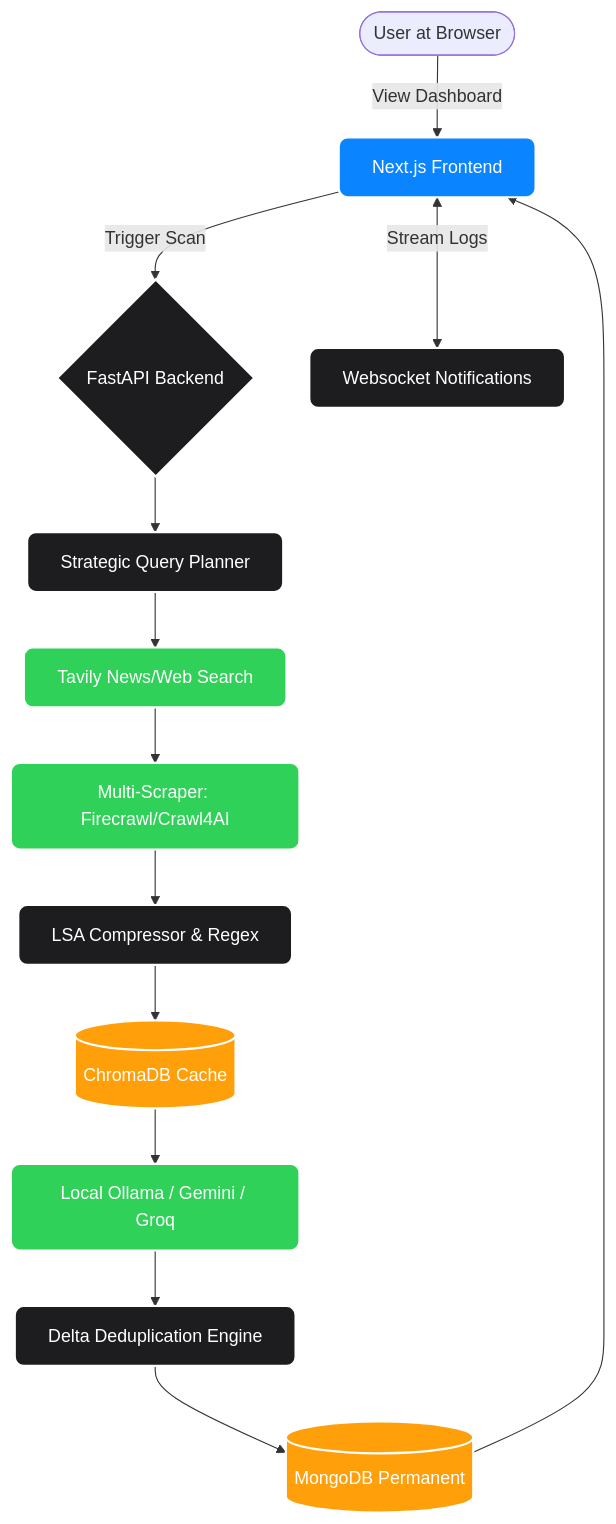
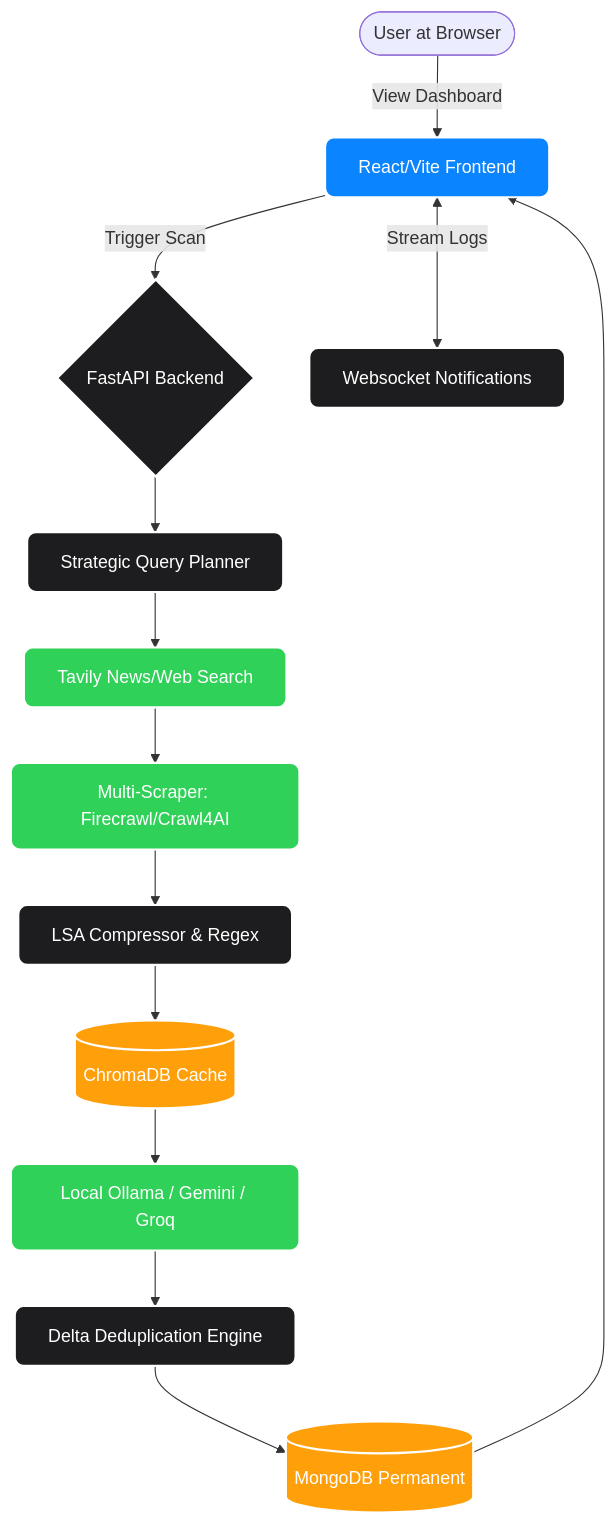
The diagram in README.md (Deepukumar12/Market_Scout_Agent_Final), drawn with Mermaid before and after one commit. The commit also changed other lines of this file and 1 other file, not shown here.

````diff
--- a/README.md
+++ b/README.md
@@ -72,25 +29,25 @@
 ```mermaid
 graph TD
     %% Colors
     classDef client fill:#0A84FF,stroke:#fff,stroke-width:2px,color:#fff,rx:8px,ry:8px;
     classDef processing fill:#1D1D1F,stroke:#fff,stroke-width:2px,color:#fff,rx:8px,ry:8px;
     classDef ai fill:#30D158,stroke:#fff,stroke-width:2px,color:#fff,rx:8px,ry:8px;
     classDef db fill:#FF9F0A,stroke:#fff,stroke-width:2px,color:#fff,rx:8px,ry:8px;
 
-    User([User at Browser]) -->|View Dashboard| UI[Next.js Frontend]:::client
+    User([User at Browser]) -->|View Dashboard| UI[React/Vite Frontend]:::client
     UI -->|Trigger Scan| Gateway{FastAPI Backend}:::processing
     UI <-->|Stream Logs| Websockets[Websocket Notifications]:::processing
 
     Gateway --> Planner[Strategic Query Planner]:::processing
     Planner --> Search[Tavily News/Web Search]:::ai
     Search --> Scraper[Multi-Scraper: Firecrawl/Crawl4AI]:::ai
     
     Scraper --> Clean[LSA Compressor & Regex]:::processing
     Clean --> Chroma[(ChromaDB Cache)]:::db
     
     Chroma --> LLM[Local Ollama / Gemini / Groq]:::ai
     LLM --> Delta[Delta Deduplication Engine]:::processing
     Delta --> MongoDB[(MongoDB Permanent)]:::db
     
     MongoDB --> UI
 ```
````
